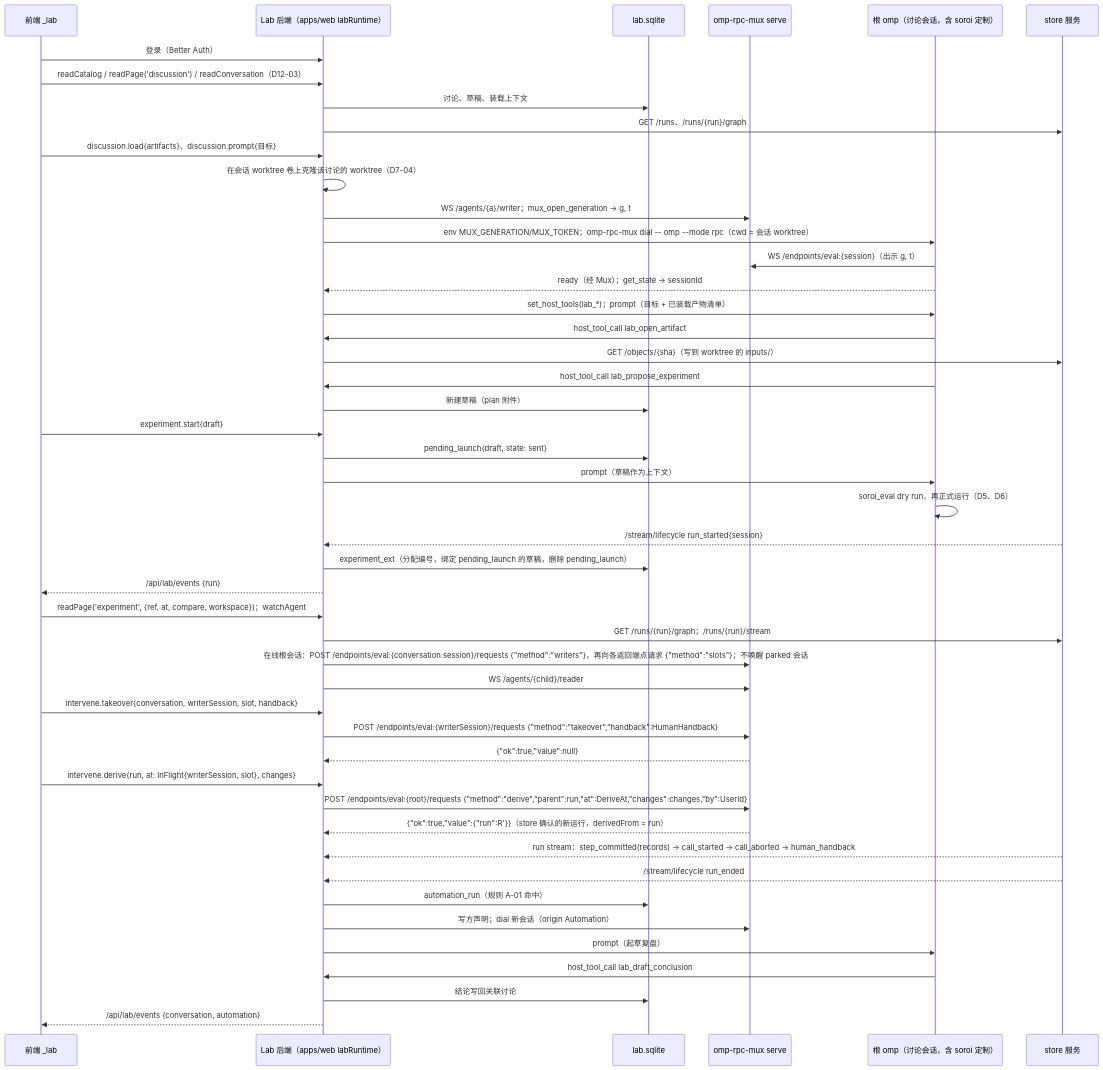
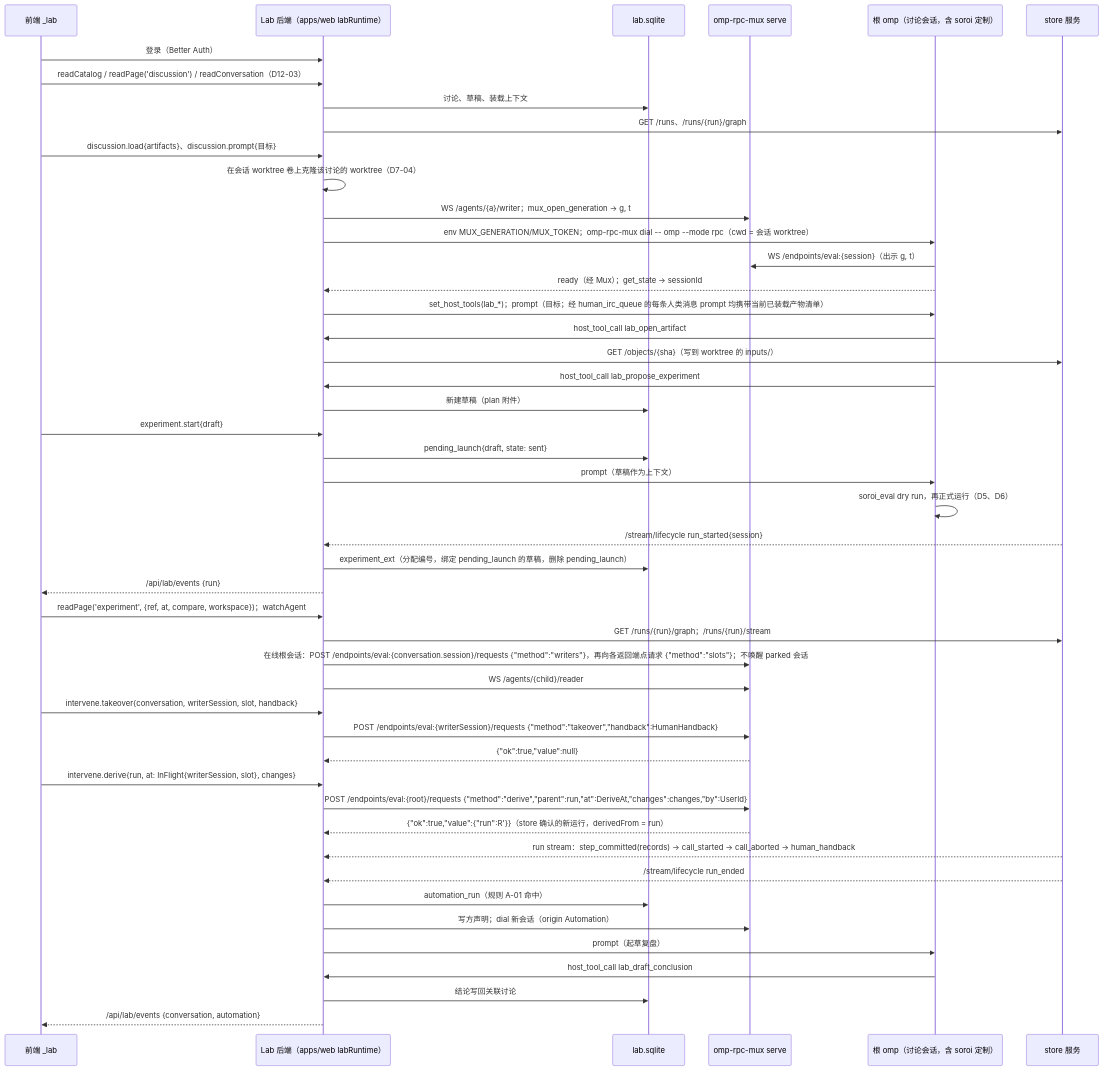
The diagram in evidence/decisions/D7-lab-backend.md (Pepgent/PM), drawn with Mermaid before and after one commit. The commit also changed other lines of this file and 1 other file, not shown here.

Commit message:
docs(D56): write back D7-07 load prompt and D12-10 discussion.unload
D7-07 and F31 note: the loaded-artifact list rides every human message
prompt delivered via human_irc_queue, not only the next prompt.
D12-10: add discussion.unload to the command union, result table and
permission row; discussion.load means add-to-set.

Refs Pepgent/PM#82

````diff
--- a/evidence/decisions/D7-lab-backend.md
+++ b/evidence/decisions/D7-lab-backend.md
@@ -167,49 +167,49 @@
 ```mermaid
 sequenceDiagram
     participant UI as 前端 _lab
     participant LAB as Lab 后端（apps/web labRuntime）
     participant DB as lab.sqlite
     participant MUX as omp-rpc-mux serve
     participant O as 根 omp（讨论会话，含 soroi 定制）
     participant ST as store 服务
     UI->>LAB: 登录（Better Auth）
     UI->>LAB: readCatalog / readPage('discussion') / readConversation（D12-03）
     LAB->>DB: 讨论、草稿、装载上下文
     LAB->>ST: GET /runs、/runs/{run}/graph
     UI->>LAB: discussion.load{artifacts}、discussion.prompt{目标}
     LAB->>LAB: 在会话 worktree 卷上克隆该讨论的 worktree（D7-04）
     LAB->>MUX: WS /agents/{a}/writer；mux_open_generation → g, t
     LAB->>O: env MUX_GENERATION/MUX_TOKEN；omp-rpc-mux dial -- omp --mode rpc（cwd = 会话 worktree）
     O->>MUX: WS /endpoints/eval:{session}（出示 g, t）
     O-->>LAB: ready（经 Mux）；get_state → sessionId
-    LAB->>O: set_host_tools(lab_*)；prompt（目标 + 已装载产物清单）
+    LAB->>O: set_host_tools(lab_*)；prompt（目标；经 human_irc_queue 的每条人类消息 prompt 均携带当前已装载产物清单）
     O->>LAB: host_tool_call lab_open_artifact
     LAB->>ST: GET /objects/{sha}（写到 worktree 的 inputs/）
     O->>LAB: host_tool_call lab_propose_experiment
     LAB->>DB: 新建草稿（plan 附件）
     UI->>LAB: experiment.start{draft}
     LAB->>DB: pending_launch{draft, state: sent}
     LAB->>O: prompt（草稿作为上下文）
     O->>O: soroi_eval dry run，再正式运行（D5、D6）
     ST-->>LAB: /stream/lifecycle run_started{session}
     LAB->>DB: experiment_ext（分配编号，绑定 pending_launch 的草稿，删除 pending_launch）
     LAB-->>UI: /api/lab/events {run}
     UI->>LAB: readPage('experiment', {ref, at, compare, workspace})；watchAgent
     LAB->>ST: GET /runs/{run}/graph；/runs/{run}/stream
     LAB->>MUX: 在线根会话：POST /endpoints/eval:{conversation.session}/requests {"method":"writers"}，再向各返回端点请求 {"method":"slots"}；不唤醒 parked 会话
     LAB->>MUX: WS /agents/{child}/reader
     UI->>LAB: intervene.takeover{conversation, writerSession, slot, handback}
     LAB->>MUX: POST /endpoints/eval:{writerSession}/requests {"method":"takeover","handback":HumanHandback}
     MUX-->>LAB: {"ok":true,"value":null}
     UI->>LAB: intervene.derive{run, at: InFlight{writerSession, slot}, changes}
     LAB->>MUX: POST /endpoints/eval:{root}/requests {"method":"derive","parent":run,"at":DeriveAt,"changes":changes,"by":UserId}
     MUX-->>LAB: {"ok":true,"value":{"run":R'}}（store 确认的新运行，derivedFrom = run）
     ST-->>LAB: run stream：step_committed(records) → call_started → call_aborted → human_handback
     ST-->>LAB: /stream/lifecycle run_ended
     LAB->>DB: automation_run（规则 A-01 命中）
     LAB->>MUX: 写方声明；dial 新会话（origin Automation）
     LAB->>O: prompt（起草复盘）
     O->>LAB: host_tool_call lab_draft_conclusion
     LAB->>DB: 结论写回关联讨论
     LAB-->>UI: /api/lab/events {conversation, automation}
 ```
````
